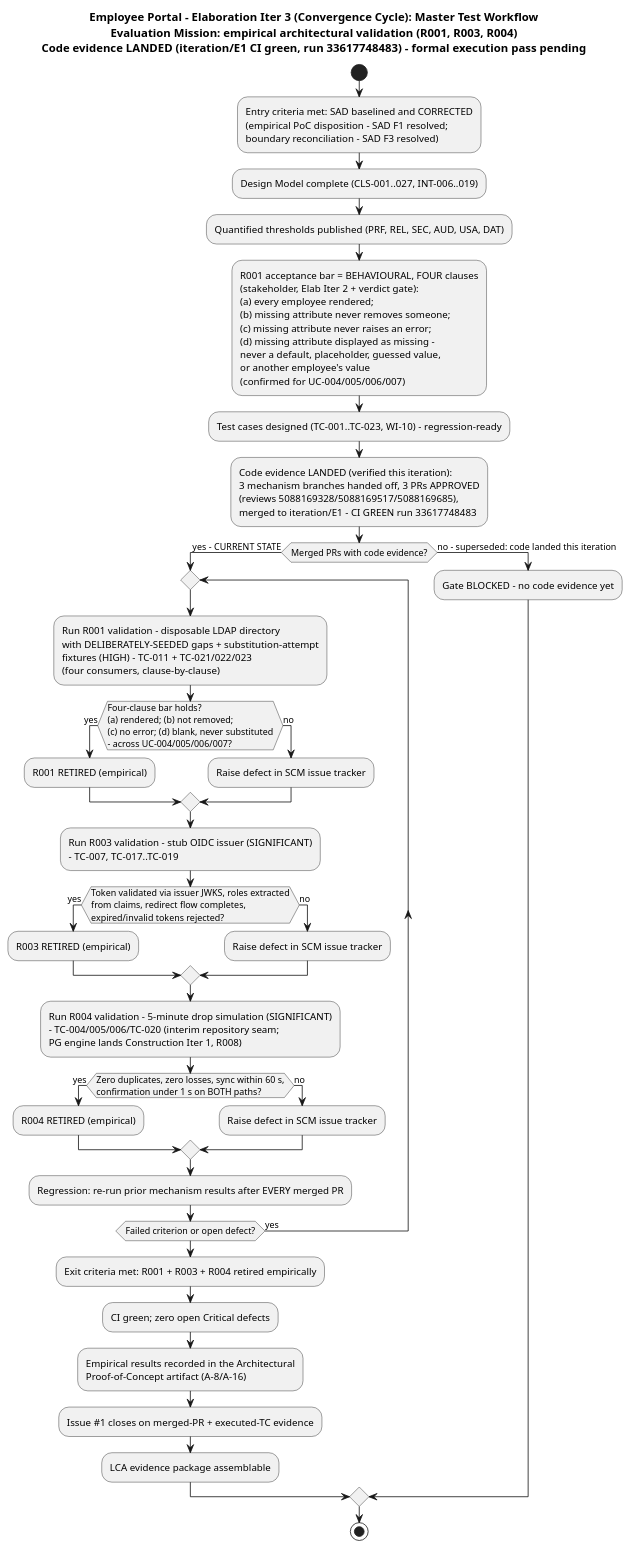
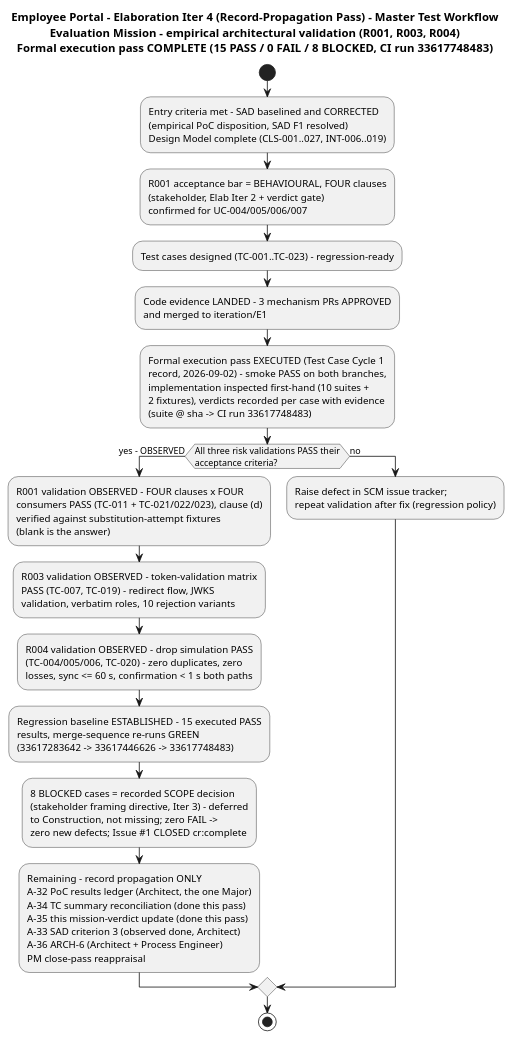
One commit to banense-test/employee-portal changed the second of 5 diagrams in docs/artifacts/test/test-evaluation-summary.md. Above: the diagram before and after it, drawn with PlantUML. The commit also changed other lines of this file, not shown here.

First line of the commit message:
Test Manager [E4]: upsert Test Evaluation Summary

````diff
--- a/docs/artifacts/test/test-evaluation-summary.md
+++ b/docs/artifacts/test/test-evaluation-summary.md
@@ -125,45 +128,23 @@
 ```plantuml
 @startuml
-title Employee Portal - Elaboration Iter 3 (Convergence Cycle): Master Test Workflow\nEvaluation Mission: empirical architectural validation (R001, R003, R004)\nCode evidence LANDED (iteration/E1 CI green, run 33617748483) - formal execution pass pending
+title Employee Portal - Elaboration Iter 4 (Record-Propagation Pass) - Master Test Workflow\nEvaluation Mission - empirical architectural validation (R001, R003, R004)\nFormal execution pass COMPLETE (15 PASS / 0 FAIL / 8 BLOCKED, CI run 33617748483)
 
 start
-:Entry criteria met: SAD baselined and CORRECTED\n(empirical PoC disposition - SAD F1 resolved;\nboundary reconciliation - SAD F3 resolved);
-:Design Model complete (CLS-001..027, INT-006..019);
-:Quantified thresholds published (PRF, REL, SEC, AUD, USA, DAT);
-:R001 acceptance bar = BEHAVIOURAL, FOUR clauses\n(stakeholder, Elab Iter 2 + verdict gate):\n(a) every employee rendered;\n(b) missing attribute never removes someone;\n(c) missing attribute never raises an error;\n(d) missing attribute displayed as missing -\nnever a default, placeholder, guessed value,\nor another employee's value\n(confirmed for UC-004/005/006/007);
-:Test cases designed (TC-001..TC-023, WI-10) - regression-ready;
-:Code evidence LANDED (verified this iteration):\n3 mechanism branches handed off, 3 PRs APPROVED\n(reviews 5088169328/5088169517/5088169685),\nmerged to iteration/E1 - CI GREEN run 33617748483;
-
-if (Merged PRs with code evidence?) then (yes - CURRENT STATE)
-  repeat
-    :Run R001 validation - disposable LDAP directory\nwith DELIBERATELY-SEEDED gaps + substitution-attempt\nfixtures (HIGH) - TC-011 + TC-021/022/023\n(four consumers, clause-by-clause);
-    if (Four-clause bar holds?\n(a) rendered; (b) not removed;\n(c) no error; (d) blank, never substituted\n- across UC-004/005/006/007?) then (yes)
-      :R001 RETIRED (empirical);
-    else (no)
-      :Raise defect in SCM issue tracker;
-    endif
-    :Run R003 validation - stub OIDC issuer (SIGNIFICANT)\n- TC-007, TC-017..TC-019;
-    if (Token validated via issuer JWKS, roles extracted\nfrom claims, redirect flow completes,\nexpired/invalid tokens rejected?) then (yes)
-      :R003 RETIRED (empirical);
-    else (no)
-      :Raise defect in SCM issue tracker;
-    endif
-    :Run R004 validation - 5-minute drop simulation (SIGNIFICANT)\n- TC-004/005/006/TC-020 (interim repository seam;\nPG engine lands Construction Iter 1, R008);
-    if (Zero duplicates, zero losses, sync within 60 s,\nconfirmation under 1 s on BOTH paths?) then (yes)
-      :R004 RETIRED (empirical);
-    else (no)
-      :Raise defect in SCM issue tracker;
-    endif
-    :Regression: re-run prior mechanism results after EVERY merged PR;
-  repeat while (Failed criterion or open defect?) is (yes)
-  :Exit criteria met: R001 + R003 + R004 retired empirically;
-  :CI green; zero open Critical defects;
-  :Empirical results recorded in the Architectural\nProof-of-Concept artifact (A-8/A-16);
-  :Issue #1 closes on merged-PR + executed-TC evidence;
-  :LCA evidence package assemblable;
-else (no - superseded: code landed this iteration)
-  :Gate BLOCKED - no code evidence yet;
+:Entry criteria met - SAD baselined and CORRECTED\n(empirical PoC disposition, SAD F1 resolved)\nDesign Model complete (CLS-001..027, INT-006..019);
+:R001 acceptance bar = BEHAVIOURAL, FOUR clauses\n(stakeholder, Elab Iter 2 + verdict gate)\nconfirmed for UC-004/005/006/007;
+:Test cases designed (TC-001..TC-023) - regression-ready;
+:Code evidence LANDED - 3 mechanism PRs APPROVED\nand merged to iteration/E1;
+:Formal execution pass EXECUTED (Test Case Cycle 1\nrecord, 2026-09-02) - smoke PASS on both branches,\nimplementation inspected first-hand (10 suites +\n2 fixtures), verdicts recorded per case with evidence\n(suite @ sha -> CI run 33617748483);
+if (All three risk validations PASS their\nacceptance criteria?) then (yes - OBSERVED)
+  :R001 validation OBSERVED - FOUR clauses x FOUR\nconsumers PASS (TC-011 + TC-021/022/023), clause (d)\nverified against substitution-attempt fixtures\n(blank is the answer);
+  :R003 validation OBSERVED - token-validation matrix\nPASS (TC-007, TC-019) - redirect flow, JWKS\nvalidation, verbatim roles, 10 rejection variants;
+  :R004 validation OBSERVED - drop simulation PASS\n(TC-004/005/006, TC-020) - zero duplicates, zero\nlosses, sync <= 60 s, confirmation < 1 s both paths;
+  :Regression baseline ESTABLISHED - 15 executed PASS\nresults, merge-sequence re-runs GREEN\n(33617283642 -> 33617446626 -> 33617748483);
+  :8 BLOCKED cases = recorded SCOPE decision\n(stakeholder framing directive, Iter 3) - deferred\nto Construction, not missing; zero FAIL ->\nzero new defects; Issue #1 CLOSED cr:complete;
+  :Remaining - record propagation ONLY\nA-32 PoC results ledger (Architect, the one Major)\nA-34 TC summary reconciliation (done this pass)\nA-35 this mission-verdict update (done this pass)\nA-33 SAD criterion 3 (observed done, Architect)\nA-36 ARCH-6 (Architect + Process Engineer)\nPM close-pass reappraisal;
+else (no)
+  :Raise defect in SCM issue tracker;\nrepeat validation after fix (regression policy);
 endif
 stop
 @enduml
 ```
````
